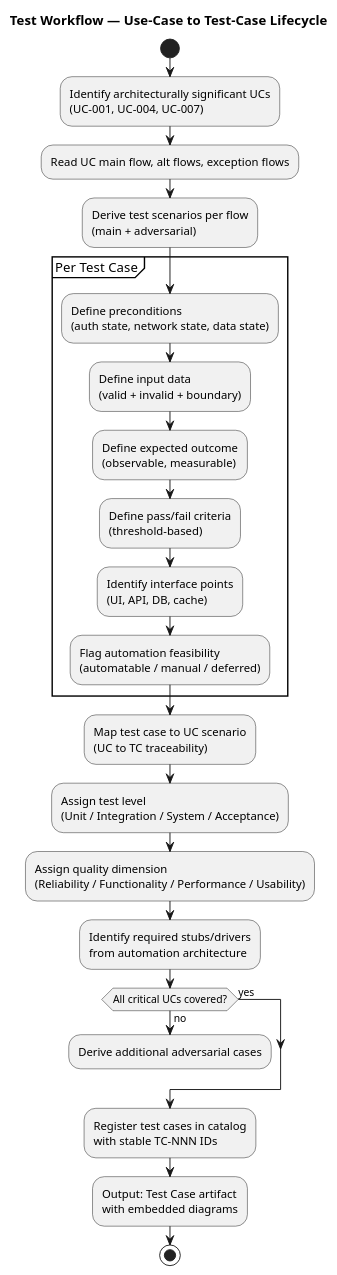
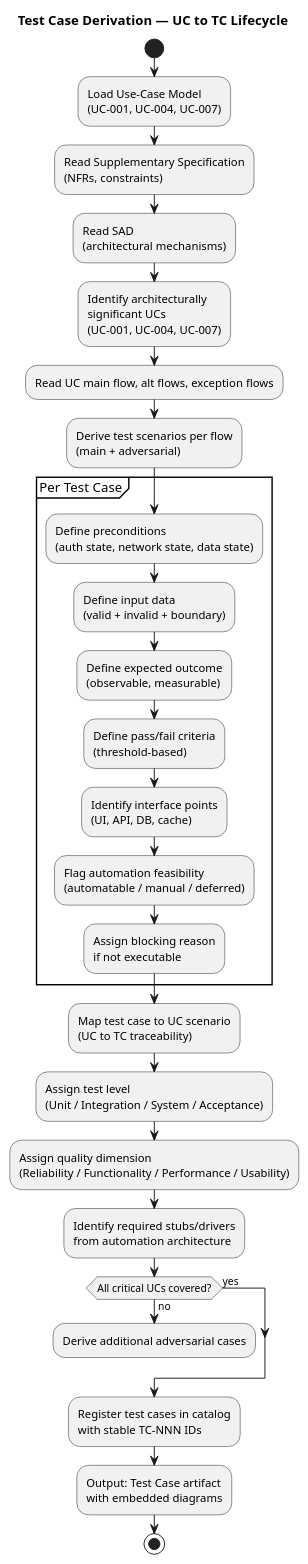
The second of 4 diagrams in docs/artifacts/test/test-case.md (banense-test/demo-janke-lab), drawn with PlantUML before and after one commit. The commit also changed other lines of this file, not shown here.

First line of the commit message:
Test Designer [E2]: upsert Test Case

````diff
--- a/docs/artifacts/test/test-case.md
+++ b/docs/artifacts/test/test-case.md
@@ -233,49 +134,58 @@
 ```plantuml
 @startuml
-title Test Workflow — Use-Case to Test-Case Lifecycle
+title Test Case Derivation — UC to TC Lifecycle
 
 start
-:Identify architecturally significant UCs
+:Load Use-Case Model
+(UC-001, UC-004, UC-007);
+:Read Supplementary Specification
+(NFRs, constraints);
+:Read SAD
+(architectural mechanisms);
+:Identify architecturally
+significant UCs
 (UC-001, UC-004, UC-007);
 :Read UC main flow, alt flows, exception flows;
 :Derive test scenarios per flow
 (main + adversarial);
 
 partition "Per Test Case" {
   :Define preconditions
   (auth state, network state, data state);
   :Define input data
   (valid + invalid + boundary);
   :Define expected outcome
   (observable, measurable);
   :Define pass/fail criteria
   (threshold-based);
   :Identify interface points
   (UI, API, DB, cache);
   :Flag automation feasibility
   (automatable / manual / deferred);
+  :Assign blocking reason
+  if not executable;
 }
 
 :Map test case to UC scenario
 (UC to TC traceability);
 :Assign test level
 (Unit / Integration / System / Acceptance);
 :Assign quality dimension
 (Reliability / Functionality / Performance / Usability);
 :Identify required stubs/drivers
 from automation architecture;
 
 if (All critical UCs covered?) then (no)
   :Derive additional adversarial cases;
   detach
 else (yes)
 endif
 
 :Register test cases in catalog
 with stable TC-NNN IDs;
 :Output: Test Case artifact
 with embedded diagrams;
 stop
 
 @enduml
 ```
````
